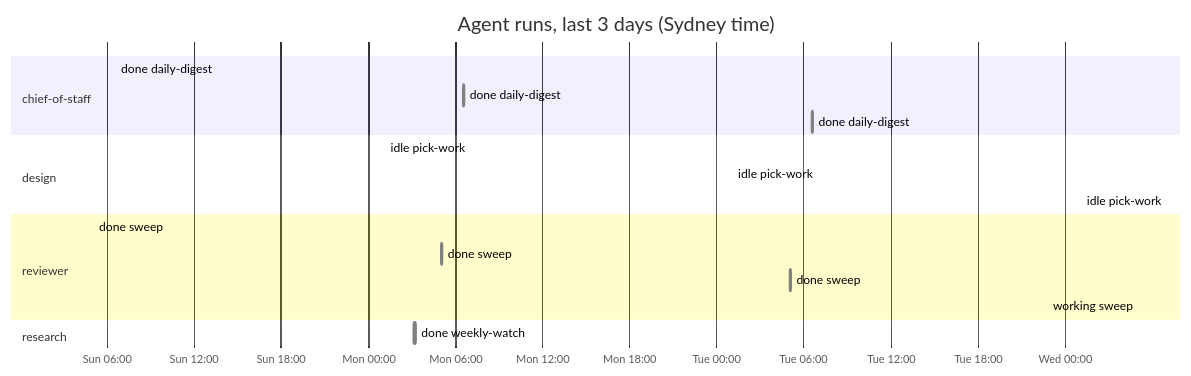
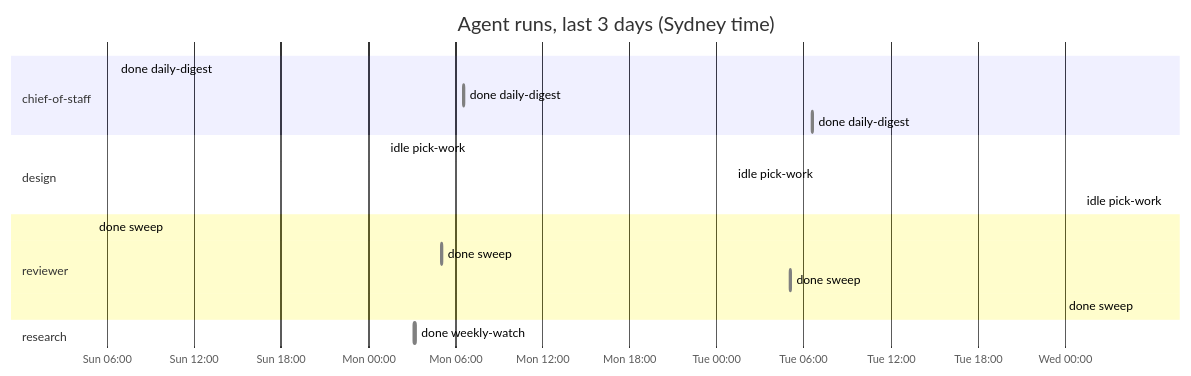
The diagram in dashboard.md (roulmediateam-byte/fifteen-expert-hq), drawn with Mermaid before and after one commit. The commit also changed other lines of this file and 1 other file, not shown here.

Commit message:
Mission control 2026-11-24T18:06Z

````diff
--- a/dashboard.md
+++ b/dashboard.md
@@ -52,21 +52,21 @@
 ```mermaid
 gantt
     title Agent runs, last 3 days (Sydney time)
     dateFormat YYYY-MM-DD HH:mm
     axisFormat %a %H:%M
     section chief-of-staff
     done daily-digest :done, 2026-11-22 06:34, 2026-11-22 06:36
     done daily-digest :done, 2026-11-23 06:35, 2026-11-23 06:36
     done daily-digest :done, 2026-11-24 06:35, 2026-11-24 06:37
     section design
     idle pick-work :done, 2026-11-23 01:08, 2026-11-23 01:09
     idle pick-work :done, 2026-11-24 01:09, 2026-11-24 01:09
     idle pick-work :done, 2026-11-25 01:09, 2026-11-25 01:09
     section reviewer
     done sweep :done, 2026-11-22 05:05, 2026-11-22 05:06
     done sweep :done, 2026-11-23 05:04, 2026-11-23 05:06
     done sweep :done, 2026-11-24 05:05, 2026-11-24 05:06
-    working sweep :active, 2026-11-25 05:04, 2026-11-25 05:05
+    done sweep :done, 2026-11-25 05:04, 2026-11-25 05:05
     section research
     done weekly-watch :done, 2026-11-23 03:10, 2026-11-23 03:17
 ```
````
